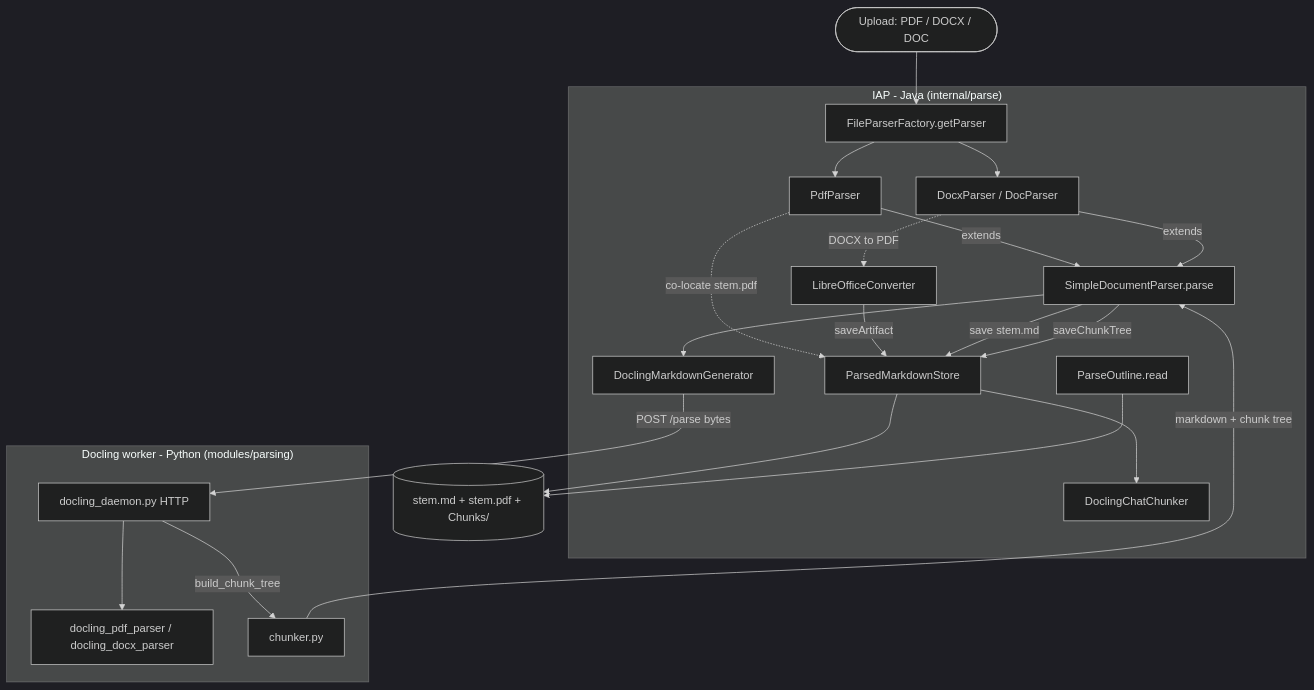
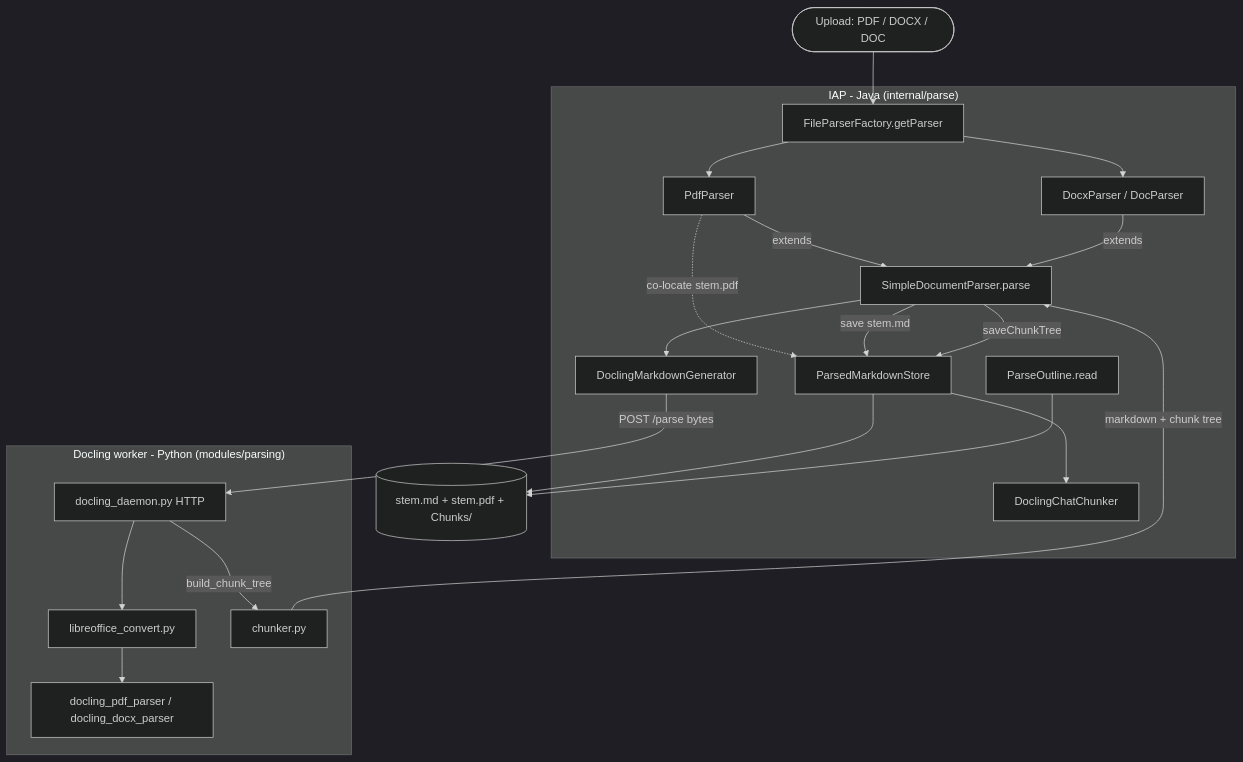
The first of 3 diagrams in Utilities/Parsing/prompts/PARSING_PIPELINE.md (data-team-uhn/cards), drawn with Mermaid (dark theme) before and after one commit. The commit also changed other lines of this file and 11 other files, not shown here.

First line of the commit message:
[parsing] Moved LibreOffice conversion to Python

````diff
--- a/Utilities/Parsing/prompts/PARSING_PIPELINE.md
+++ b/Utilities/Parsing/prompts/PARSING_PIPELINE.md
@@ -15,43 +15,42 @@
 ```mermaid
 flowchart TB
     U(["Upload: PDF / DOCX / DOC"])
 
     subgraph Java["IAP - Java (internal/parse)"]
         FPF["FileParserFactory.getParser"]
         SDP["SimpleDocumentParser.parse"]
         PP["PdfParser"]
         DXP["DocxParser / DocParser"]
         DMG["DoclingMarkdownGenerator"]
-        LOC["LibreOfficeConverter"]
         PMS["ParsedMarkdownStore"]
         DCC["DoclingChatChunker"]
         PO["ParseOutline.read"]
     end
 
     subgraph Py["Docling worker - Python (modules/parsing)"]
         DAEMON["docling_daemon.py HTTP"]
+        LO["libreoffice_convert.py"]
         GEN["docling_pdf_parser / docling_docx_parser"]
         CF["chunker.py"]
     end
 
     ART[("stem.md + stem.pdf + Chunks/")]
 
     U --> FPF
     FPF --> PP
     FPF --> DXP
     PP -->|extends| SDP
     DXP -->|extends| SDP
     SDP --> DMG
     PP -.->|co-locate stem.pdf| PMS
-    DXP -.->|DOCX to PDF| LOC
-    LOC -->|saveArtifact| PMS
     DMG -->|POST /parse bytes| DAEMON
-    DAEMON --> GEN
+    DAEMON --> LO
+    LO --> GEN
     DAEMON -->|build_chunk_tree| CF
     CF -->|markdown + chunk tree| SDP
     SDP -->|save stem.md| PMS
     SDP -->|saveChunkTree| PMS
     PMS --> ART
     PMS --> DCC
     PO --> ART
 ```
````
